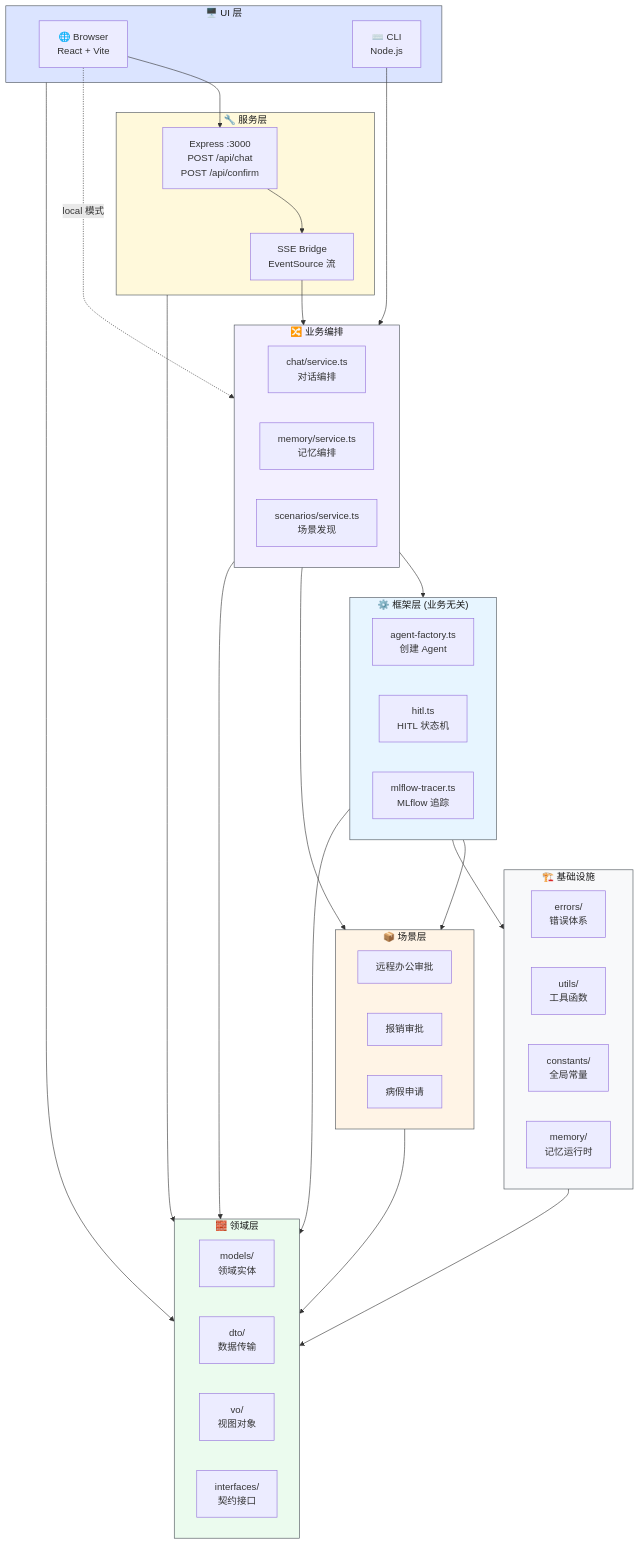
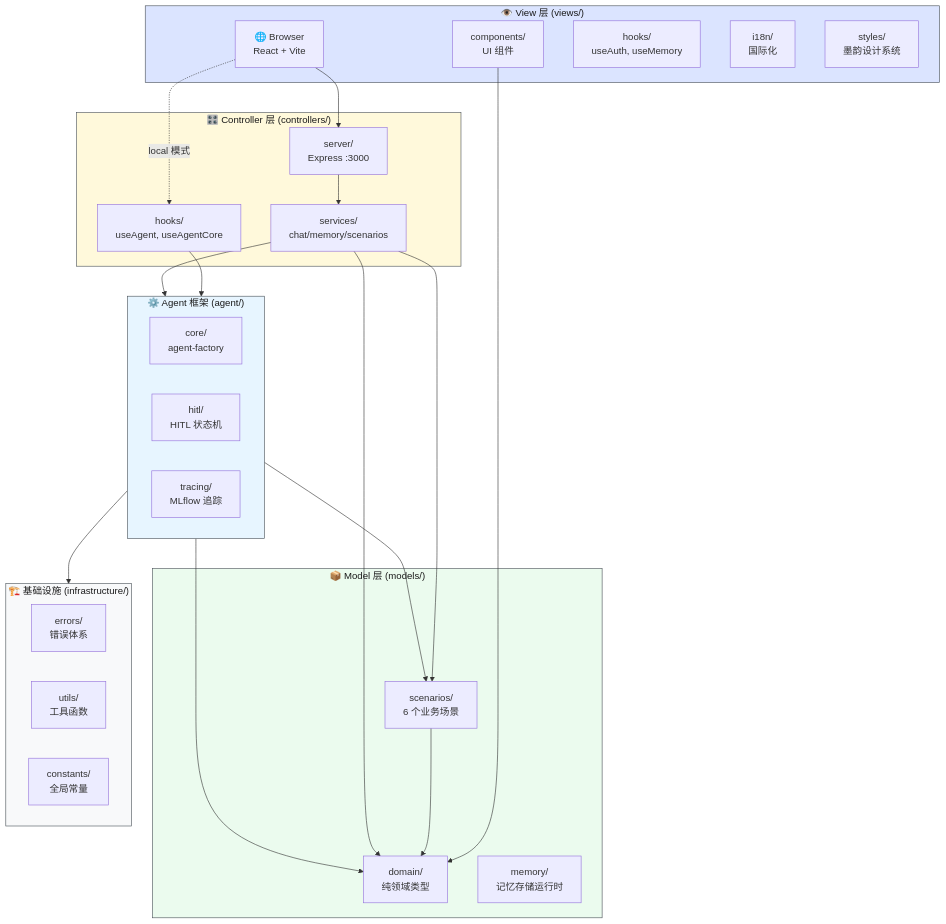
The first of 7 diagrams in src/CLAUDE.md (yjzaaa/leave-approval-agent), drawn with Mermaid before and after one commit. The commit also changed other lines of this file and 126 other files, not shown here.

First line of the commit message:
refactor: MVC 全栈重组 — client/server/domain/scenarios → views/controllers/models

````diff
--- a/src/CLAUDE.md
+++ b/src/CLAUDE.md
@@ -42,68 +63,53 @@
 ```mermaid
 graph TB
-    subgraph UI["🖥️ UI 层"]
+    subgraph View["👁️ View 层 (views/)"]
         Browser["🌐 Browser<br/>React + Vite"]
-        CLI["⌨️ CLI<br/>Node.js"]
+        Components["components/<br/>UI 组件"]
+        ViewHooks["hooks/<br/>useAuth, useMemory"]
+        I18n["i18n/<br/>国际化"]
+        Styles["styles/<br/>墨韵设计系统"]
     end
 
-    subgraph Server["🔧 服务层"]
-        API["Express :3000<br/>POST /api/chat<br/>POST /api/confirm"]
-        SSE["SSE Bridge<br/>EventSource 流"]
+    subgraph Controller["🎛️ Controller 层 (controllers/)"]
+        API["server/<br/>Express :3000"]
+        CtrlHooks["hooks/<br/>useAgent, useAgentCore"]
+        Services["services/<br/>chat/memory/scenarios"]
     end
 
-    subgraph Services["🔀 业务编排"]
-        ChatSvc["chat/service.ts<br/>对话编排"]
-        MemSvc["memory/service.ts<br/>记忆编排"]
-        ScenarioSvc["scenarios/service.ts<br/>场景发现"]
+    subgraph Model["📦 Model 层 (models/)"]
+        Domain["domain/<br/>纯领域类型"]
+        Scenarios["scenarios/<br/>6 个业务场景"]
+        Memory["memory/<br/>记忆存储运行时"]
     end
 
-    subgraph Agent["⚙️ 框架层 (业务无关)"]
-        Factory["agent-factory.ts<br/>创建 Agent"]
-        HitlMgr["hitl.ts<br/>HITL 状态机"]
-        Tracer["mlflow-tracer.ts<br/>MLflow 追踪"]
+    subgraph AgentInfra["⚙️ Agent 框架 (agent/)"]
+        Factory["core/<br/>agent-factory"]
+        HitlMgr["hitl/<br/>HITL 状态机"]
+        Tracer["tracing/<br/>MLflow 追踪"]
     end
 
-    subgraph Scenarios["📦 场景层"]
-        Leave["远程办公审批"]
-        Expense["报销审批"]
-        Sick["病假申请"]
-    end
-
-    subgraph Domain["🧱 领域层"]
-        Models["models/<br/>领域实体"]
-        DTOs["dto/<br/>数据传输"]
-        VOs["vo/<br/>视图对象"]
-        Interfaces["interfaces/<br/>契约接口"]
-    end
-
-    subgraph Infra["🏗️ 基础设施"]
+    subgraph Infra["🏗️ 基础设施 (infrastructure/)"]
         Errors["errors/<br/>错误体系"]
         Utils["utils/<br/>工具函数"]
         Constants["constants/<br/>全局常量"]
-        MemoryRT["memory/<br/>记忆运行时"]
     end
 
     Browser --> API
-    Browser -.->|"local 模式"| Services
-    CLI --> Services
-    API --> SSE
-    SSE --> Services
-    Services --> Agent
+    Browser -.->|"local 模式"| CtrlHooks
+    API --> Services
+    CtrlHooks --> AgentInfra
+    Services --> AgentInfra
     Services --> Scenarios
-    Agent --> Scenarios
-    Agent --> Infra
+    AgentInfra --> Scenarios
+    Components --> Domain
     Scenarios --> Domain
     Services --> Domain
-    Server --> Domain
-    UI --> Domain
-    Agent --> Domain
-    Infra --> Domain
+    AgentInfra --> Infra
+    AgentInfra --> Domain
 
-    style UI fill:#dbe4ff,stroke:#495057,color:#1a1a1a
-    style Server fill:#fff9db,stroke:#495057,color:#1a1a1a
-    style Services fill:#f3f0ff,stroke:#495057,color:#1a1a1a
-    style Agent fill:#e7f5ff,stroke:#495057,color:#1a1a1a
-    style Scenarios fill:#fff4e6,stroke:#495057,color:#1a1a1a
-    style Domain fill:#ebfbee,stroke:#495057,color:#1a1a1a
+    style View fill:#dbe4ff,stroke:#495057,color:#1a1a1a
+    style Controller fill:#fff9db,stroke:#495057,color:#1a1a1a
+    style Model fill:#ebfbee,stroke:#495057,color:#1a1a1a
+    style AgentInfra fill:#e7f5ff,stroke:#495057,color:#1a1a1a
     style Infra fill:#f8f9fa,stroke:#495057,color:#1a1a1a
 ```
````
